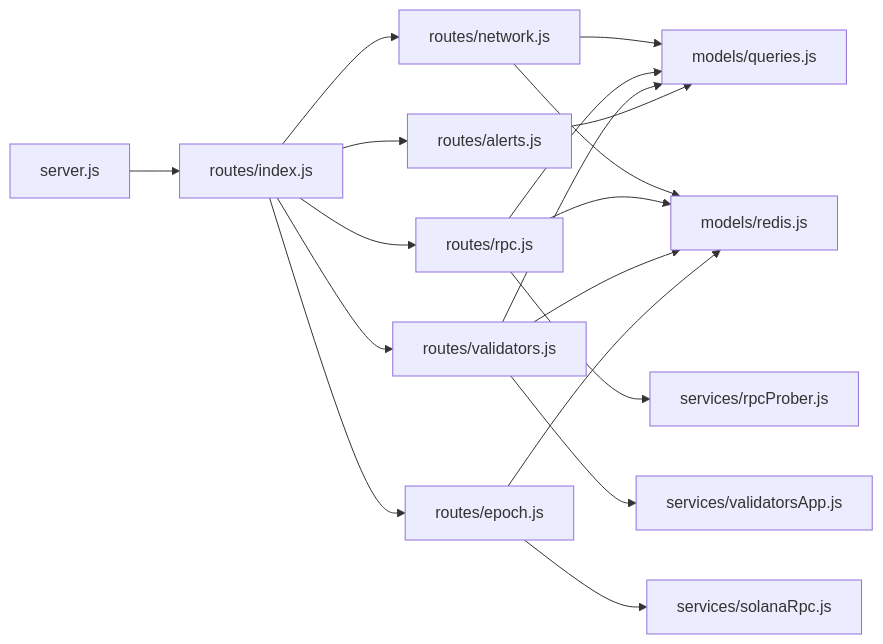
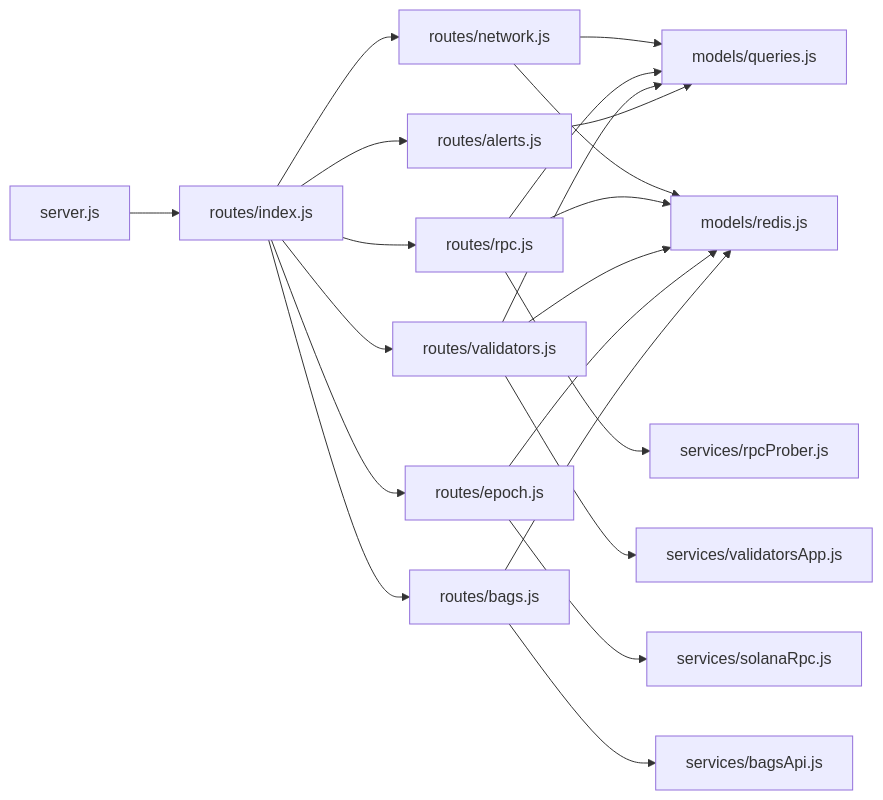
One commit to RunTimeAdmin/InfraWatch changed the seventh of 7 diagrams in .qoder/repowiki/en/content/Backend Architecture/Routing System/Routing System.md. Above: the diagram before and after it, drawn with Mermaid. The commit also changed other lines of this file and 12 other files, not shown here.

````diff
--- a/.qoder/repowiki/en/content/Backend Architecture/Routing System/Routing System.md
+++ b/.qoder/repowiki/en/content/Backend Architecture/Routing System/Routing System.md
@@ -351,20 +428,23 @@
 ```mermaid
 graph LR
 App["server.js"] --> RoutesIdx["routes/index.js"]
 RoutesIdx --> Net["routes/network.js"]
 RoutesIdx --> RPC["routes/rpc.js"]
 RoutesIdx --> Val["routes/validators.js"]
 RoutesIdx --> Epoch["routes/epoch.js"]
 RoutesIdx --> Alerts["routes/alerts.js"]
+RoutesIdx --> Bags["routes/bags.js"]
 Net --> Q["models/queries.js"]
 Net --> R["models/redis.js"]
 RPC --> Q
 RPC --> R
 RPC --> Prober["services/rpcProber.js"]
 Val --> Q
 Val --> R
 Val --> VApp["services/validatorsApp.js"]
 Epoch --> R
 Epoch --> SRPC["services/solanaRpc.js"]
 Alerts --> Q
+Bags --> BAPI["services/bagsApi.js"]
+Bags --> R
 ```
````
